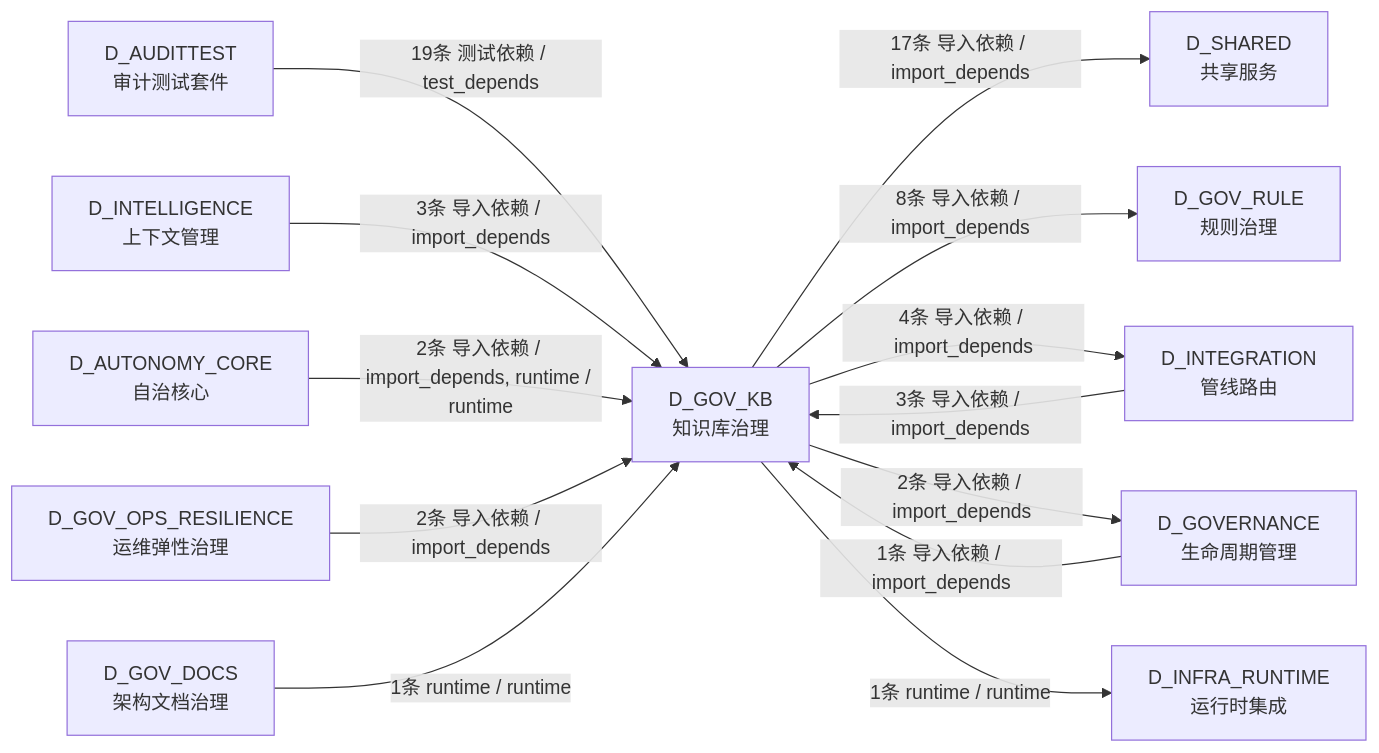
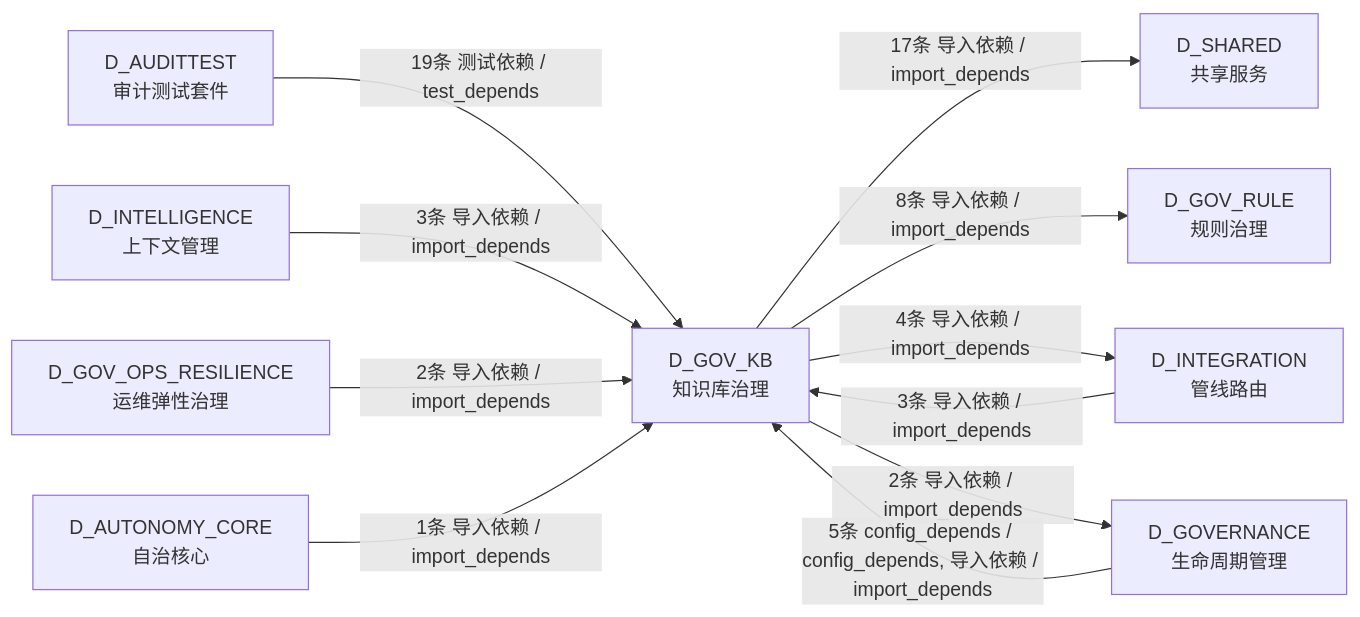
The fourth of 4 diagrams in docs/02_enterprise_architecture/02_domain_architecture_docs/41_d_gov_kb.md (xuanFelixVan/ZephyrAlpha), drawn with Mermaid before and after one commit. The commit also changed other lines of this file and 112 other files, not shown here.

````diff
--- a/docs/02_enterprise_architecture/02_domain_architecture_docs/41_d_gov_kb.md
+++ b/docs/02_enterprise_architecture/02_domain_architecture_docs/41_d_gov_kb.md
@@ -453,26 +404,22 @@
 ```mermaid
 graph LR
     D_GOV_KB["D_GOV_KB<br/>知识库治理"]
     D_SHARED["D_SHARED<br/>共享服务"]
     D_GOV_RULE["D_GOV_RULE<br/>规则治理"]
     D_INTEGRATION["D_INTEGRATION<br/>管线路由"]
     D_GOVERNANCE["D_GOVERNANCE<br/>生命周期管理"]
-    D_INFRA_RUNTIME["D_INFRA_RUNTIME<br/>运行时集成"]
     D_AUDITTEST["D_AUDITTEST<br/>审计测试套件"]
     D_INTELLIGENCE["D_INTELLIGENCE<br/>上下文管理"]
+    D_GOV_OPS_RESILIENCE["D_GOV_OPS_RESILIENCE<br/>运维弹性治理"]
     D_AUTONOMY_CORE["D_AUTONOMY_CORE<br/>自治核心"]
-    D_GOV_OPS_RESILIENCE["D_GOV_OPS_RESILIENCE<br/>运维弹性治理"]
-    D_GOV_DOCS["D_GOV_DOCS<br/>架构文档治理"]
     D_GOV_KB -->|17条 导入依赖 / import_depends| D_SHARED
     D_GOV_KB -->|8条 导入依赖 / import_depends| D_GOV_RULE
     D_GOV_KB -->|4条 导入依赖 / import_depends| D_INTEGRATION
     D_GOV_KB -->|2条 导入依赖 / import_depends| D_GOVERNANCE
-    D_GOV_KB -->|1条 runtime / runtime| D_INFRA_RUNTIME
     D_AUDITTEST -->|19条 测试依赖 / test_depends| D_GOV_KB
+    D_GOVERNANCE -->|5条 config_depends / config_depends, 导入依赖 / import_depends| D_GOV_KB
     D_INTEGRATION -->|3条 导入依赖 / import_depends| D_GOV_KB
     D_INTELLIGENCE -->|3条 导入依赖 / import_depends| D_GOV_KB
-    D_AUTONOMY_CORE -->|2条 导入依赖 / import_depends, runtime / runtime| D_GOV_KB
     D_GOV_OPS_RESILIENCE -->|2条 导入依赖 / import_depends| D_GOV_KB
-    D_GOV_DOCS -->|1条 runtime / runtime| D_GOV_KB
-    D_GOVERNANCE -->|1条 导入依赖 / import_depends| D_GOV_KB
+    D_AUTONOMY_CORE -->|1条 导入依赖 / import_depends| D_GOV_KB
 ```
````
